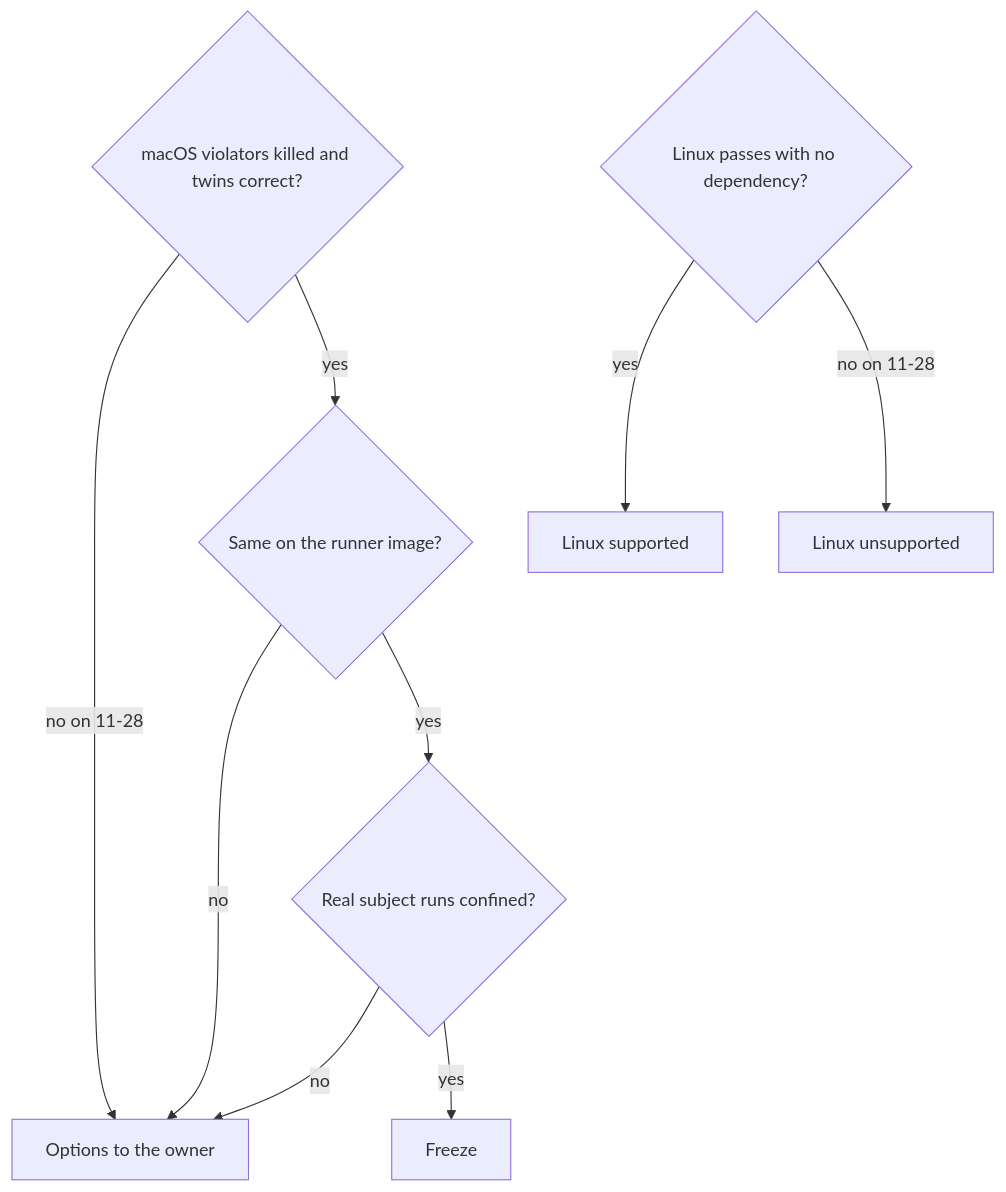
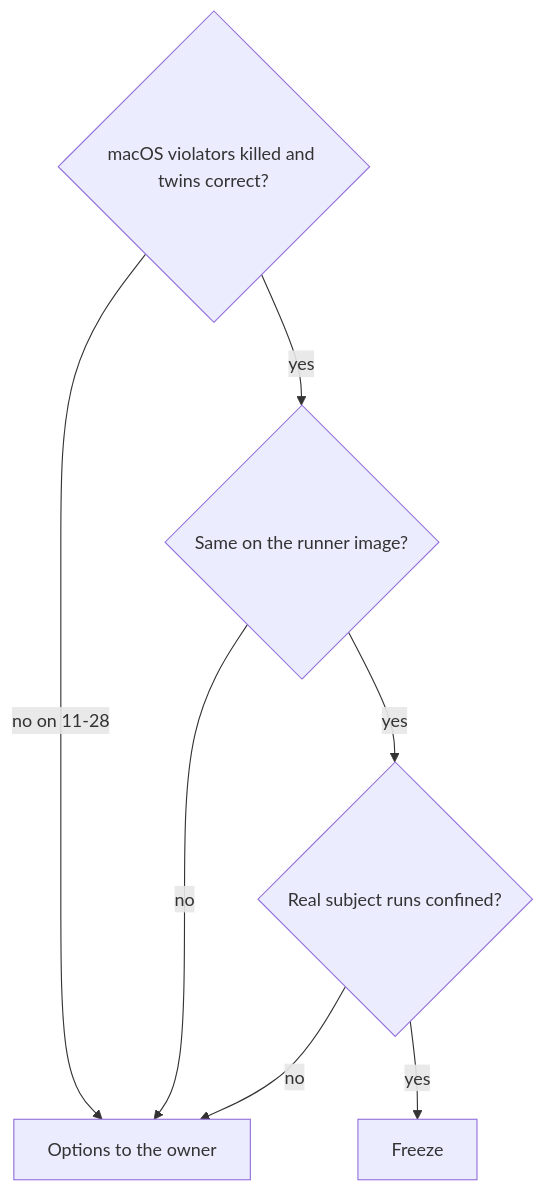
The sixth of 6 diagrams in docs/plans/2026-11-21-2309-feat-conformance-collection-spec-plan.md (vinnyp/press-quality-lab), drawn with Mermaid before and after one commit. The commit also changed other lines of this file, not shown here.

````diff
--- a/docs/plans/2026-11-21-2309-feat-conformance-collection-spec-plan.md
+++ b/docs/plans/2026-11-21-2309-feat-conformance-collection-spec-plan.md
@@ -500,11 +502,9 @@
 ```mermaid
 flowchart TB
   A{macOS violators killed and twins correct?} -->|no on 11-28| O[Options to the owner]
   A -->|yes| B{Same on the runner image?}
   B -->|no| O
   B -->|yes| C{Real subject runs confined?}
   C -->|no| O
   C -->|yes| F[Freeze]
-  L{Linux passes with no dependency?} -->|yes| S[Linux supported]
-  L -->|no on 11-28| N[Linux unsupported]
 ```
````
